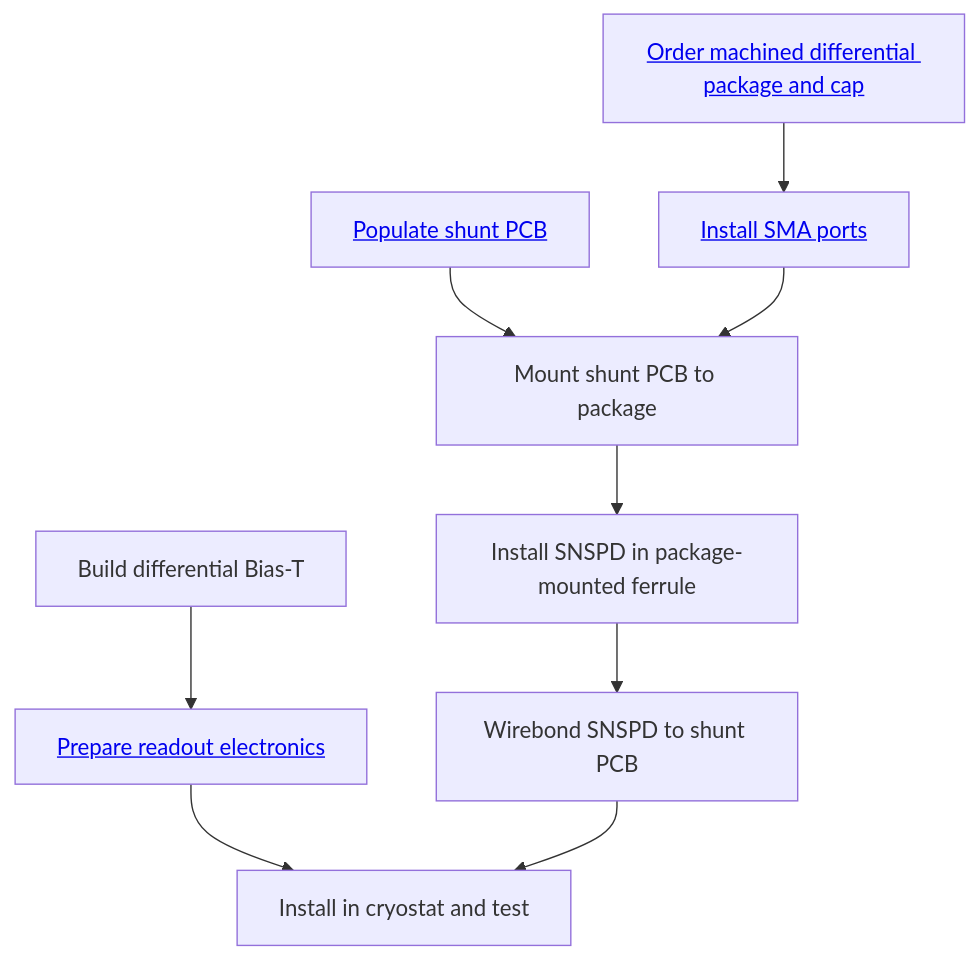
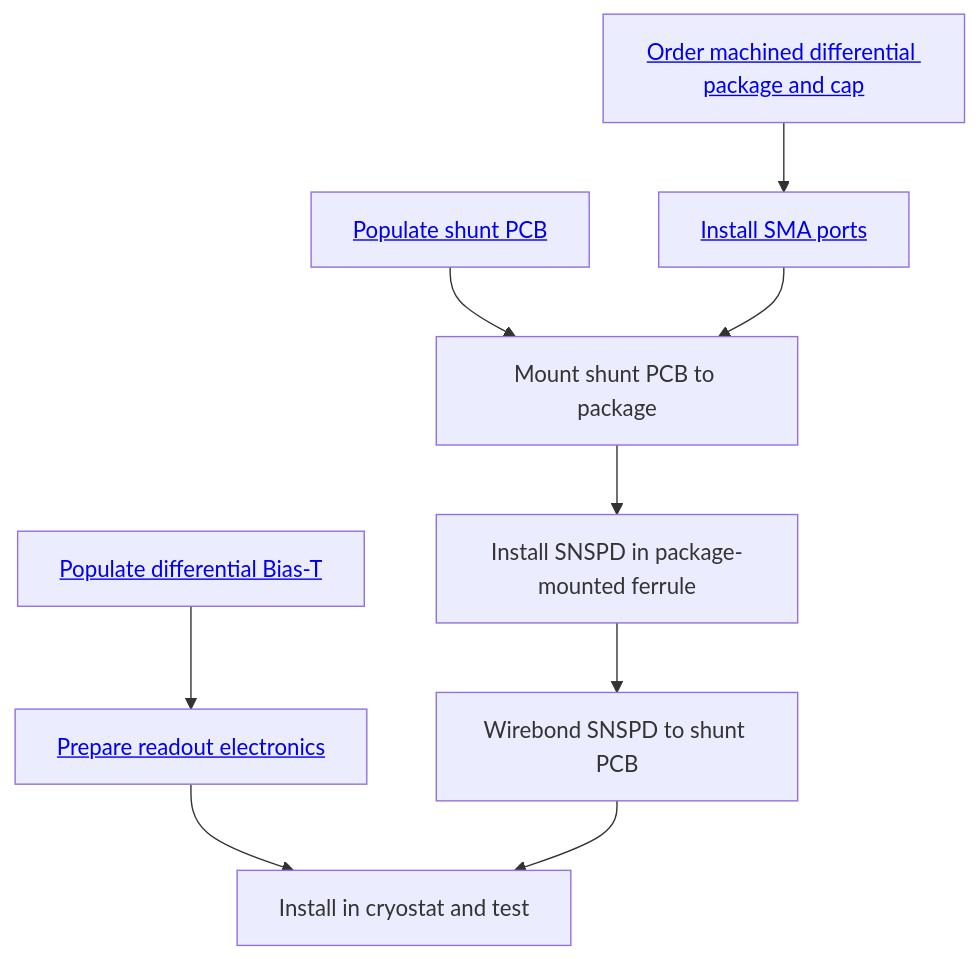
Before and after one commit to sansseriff/nbn_diff: the diagram in docs/index.md, drawn with Mermaid. The commit also changed 2 other files, not shown here.

Commit message:
solder mask

````diff
--- a/docs/index.md
+++ b/docs/index.md
@@ -15,11 +15,11 @@
 ```mermaid
 graph TD
     G[<a href='./packaging/#shunt-PCB'>Populate shunt PCB</a>] --> B
-    EE[Build differential Bias-T] --> E[<a href='./readout/#readout'>Prepare readout electronics</a>]
+    EE[<a href='./readout/#apply-solder-mask'>Populate differential Bias-T</a>] --> E[<a href='./readout/#readout'>Prepare readout electronics</a>]
     E --> F[Install in cryostat and test]
     AA[<a href='./mechanics/#detector-packages-with-sapphire-rods'>Order machined differential package and cap</a>] -->A[<a href='./mechanics/#install-sma-ports'>Install SMA ports</a>]
     A --> B[Mount shunt PCB to package]
     B --> C[Install SNSPD in package-mounted ferrule]
     C --> D[Wirebond SNSPD to shunt PCB]
     D --> F
 ```
````
